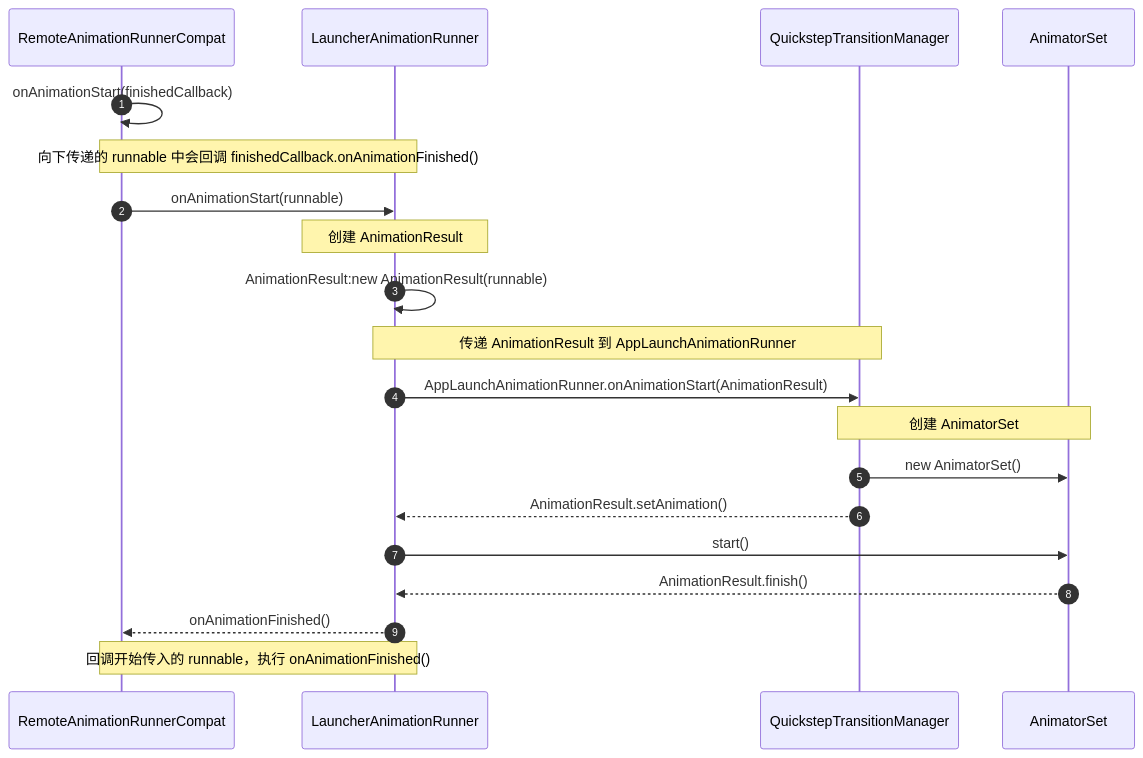
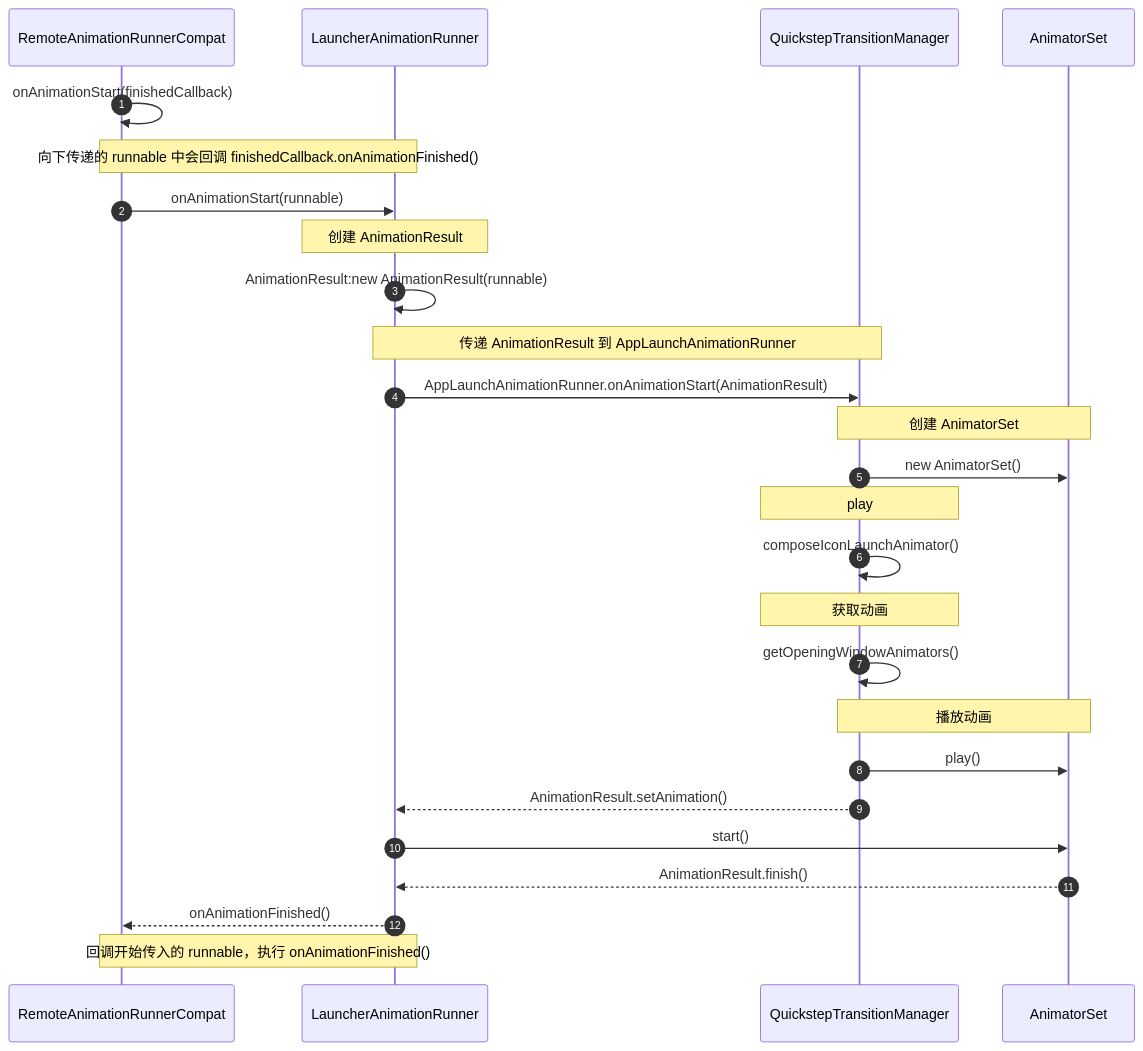
The third of 6 diagrams in source/_posts/Android/AndroidDevelop_043_WMS_Animation.md (rangerzhou/rangerzhou.github.io), drawn with Mermaid before and after one commit. The commit also changed other lines of this file and 6 other files, not shown here.

````diff
--- a/source/_posts/Android/AndroidDevelop_043_WMS_Animation.md
+++ b/source/_posts/Android/AndroidDevelop_043_WMS_Animation.md
@@ -238,18 +238,24 @@
 ```mermaid
 sequenceDiagram
 autonumber
 RemoteAnimationRunnerCompat ->> RemoteAnimationRunnerCompat:onAnimationStart(finishedCallback)
 Note over RemoteAnimationRunnerCompat,LauncherAnimationRunner:向下传递的 runnable 中会回调 finishedCallback.onAnimationFinished()
 RemoteAnimationRunnerCompat ->> LauncherAnimationRunner:onAnimationStart(runnable)
 Note over LauncherAnimationRunner,LauncherAnimationRunner:创建 AnimationResult
 LauncherAnimationRunner ->> LauncherAnimationRunner:AnimationResult:new AnimationResult(runnable)
 Note over LauncherAnimationRunner,QuickstepTransitionManager:传递 AnimationResult 到 AppLaunchAnimationRunner
 LauncherAnimationRunner ->> QuickstepTransitionManager:AppLaunchAnimationRunner.onAnimationStart(AnimationResult)
 Note over QuickstepTransitionManager,AnimatorSet:创建 AnimatorSet
 QuickstepTransitionManager ->> AnimatorSet:new AnimatorSet()
+Note over QuickstepTransitionManager:play
+QuickstepTransitionManager ->> QuickstepTransitionManager:composeIconLaunchAnimator()
+Note over QuickstepTransitionManager:获取动画
+QuickstepTransitionManager ->> QuickstepTransitionManager:getOpeningWindowAnimators()
+Note over QuickstepTransitionManager,AnimatorSet:播放动画
+QuickstepTransitionManager ->> AnimatorSet:play()
 QuickstepTransitionManager -->> LauncherAnimationRunner:AnimationResult.setAnimation()
 LauncherAnimationRunner ->> AnimatorSet:start()
 AnimatorSet -->> LauncherAnimationRunner:AnimationResult.finish()
 LauncherAnimationRunner -->> RemoteAnimationRunnerCompat:onAnimationFinished()
 Note over LauncherAnimationRunner,RemoteAnimationRunnerCompat:回调开始传入的 runnable，执行 onAnimationFinished()
 ```
````
